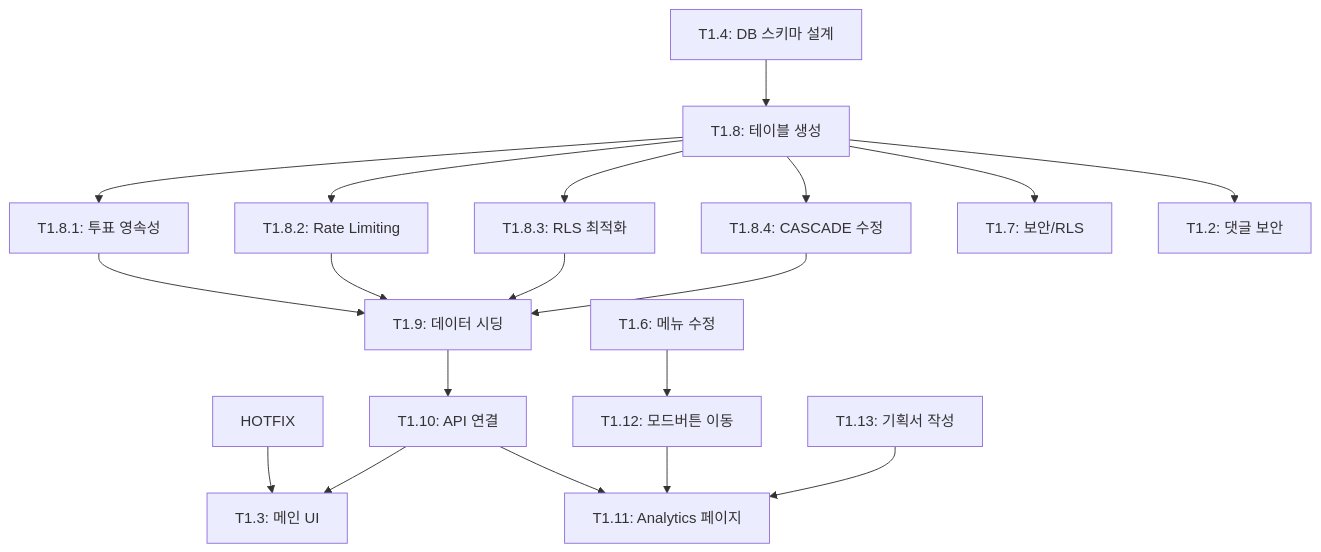
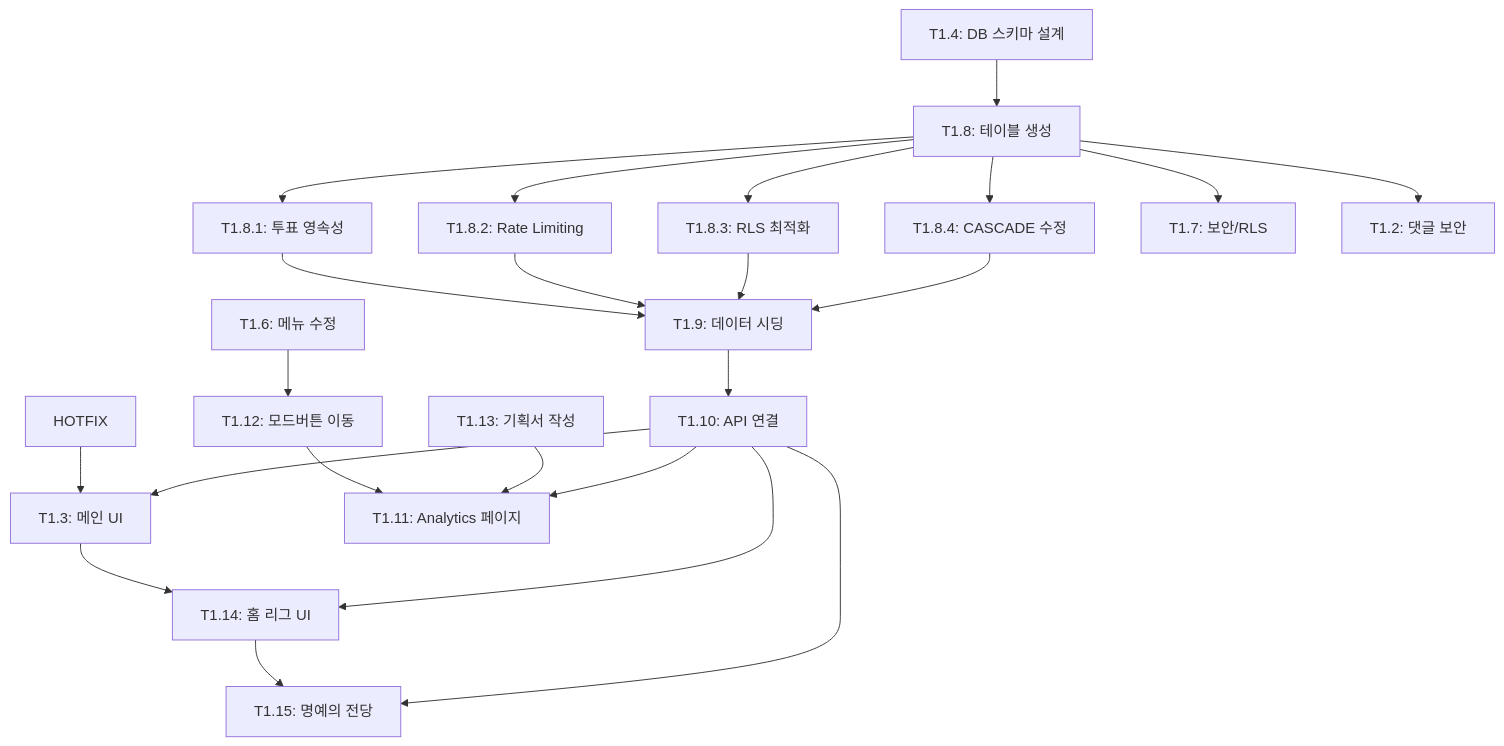
Before and after one commit to plozen/plolux: the diagram in .claude/planning/tasks.md, drawn with Mermaid. The commit also changed other lines of this file and 2 other files, not shown here.

````diff
--- a/.claude/planning/tasks.md
+++ b/.claude/planning/tasks.md
@@ -511,21 +608,25 @@
 ```mermaid
 graph TD
     HOTFIX --> T1.3[T1.3: 메인 UI]
     T1.4[T1.4: DB 스키마 설계] --> T1.8[T1.8: 테이블 생성]
     T1.8 --> T1.8.1[T1.8.1: 투표 영속성]
     T1.8 --> T1.8.2[T1.8.2: Rate Limiting]
     T1.8 --> T1.8.3[T1.8.3: RLS 최적화]
     T1.8 --> T1.8.4[T1.8.4: CASCADE 수정]
     T1.8.1 --> T1.9[T1.9: 데이터 시딩]
     T1.8.2 --> T1.9
     T1.8.3 --> T1.9
     T1.8.4 --> T1.9
     T1.9 --> T1.10[T1.10: API 연결]
     T1.10 --> T1.3
     T1.8 --> T1.7[T1.7: 보안/RLS]
     T1.8 --> T1.2[T1.2: 댓글 보안]
     T1.6[T1.6: 메뉴 수정] --> T1.12[T1.12: 모드버튼 이동]
     T1.12 --> T1.11
     T1.13[T1.13: 기획서 작성] --> T1.11[T1.11: Analytics 페이지]
     T1.10 --> T1.11
+    T1.3 --> T1.14[T1.14: 홈 리그 UI]
+    T1.14 --> T1.15[T1.15: 명예의 전당]
+    T1.10 --> T1.14
+    T1.10 --> T1.15
 ```
````
